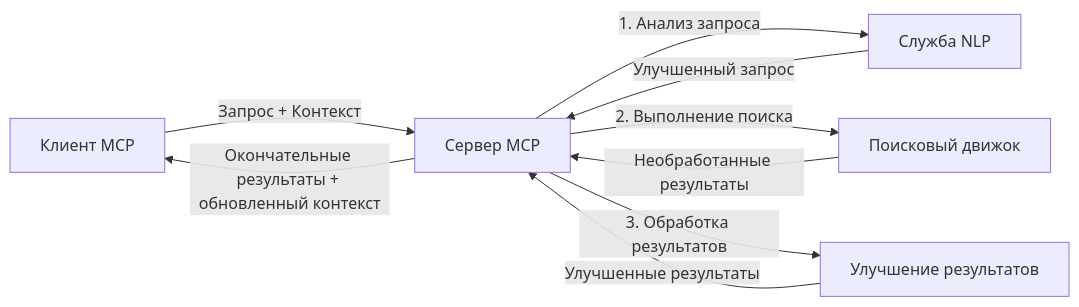
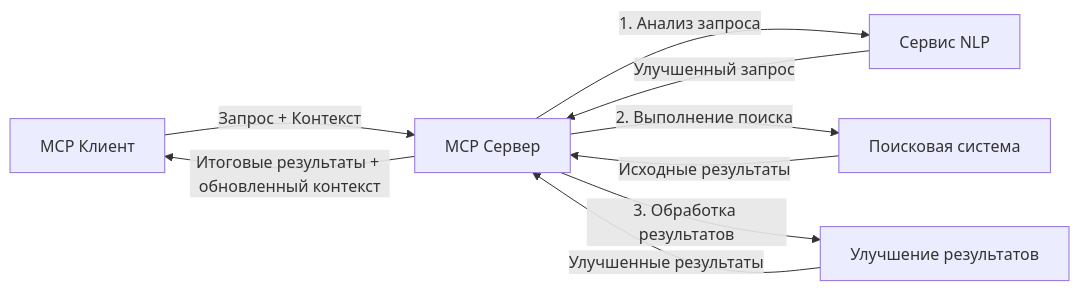
Before and after one commit to microsoft/mcp-for-beginners: the fourth of 4 diagrams in translations/ru/05-AdvancedTopics/mcp-realtimesearch/README.md, drawn with Mermaid. The commit also changed other lines of this file and 136 other files, not shown here.

````diff
--- a/translations/ru/05-AdvancedTopics/mcp-realtimesearch/README.md
+++ b/translations/ru/05-AdvancedTopics/mcp-realtimesearch/README.md
@@ -626,11 +628,11 @@
 ```mermaid
 graph LR
-    Client[Клиент MCP] --> |Запрос + Контекст| Server[Сервер MCP]
-    Server --> |1. Анализ запроса| NLP[Служба NLP]
+    Client[MCP Клиент] --> |Запрос + Контекст| Server[MCP Сервер]
+    Server --> |1. Анализ запроса| NLP[Сервис NLP]
     NLP --> |Улучшенный запрос| Server
-    Server --> |2. Выполнение поиска| Search[Поисковый движок]
-    Search --> |Необработанные результаты| Server
+    Server --> |2. Выполнение поиска| Search[Поисковая система]
+    Search --> |Исходные результаты| Server
     Server --> |3. Обработка результатов| Enhancement[Улучшение результатов]
     Enhancement --> |Улучшенные результаты| Server
-    Server --> |Окончательные результаты + обновленный контекст| Client
+    Server --> |Итоговые результаты + обновленный контекст| Client
 ```
````
